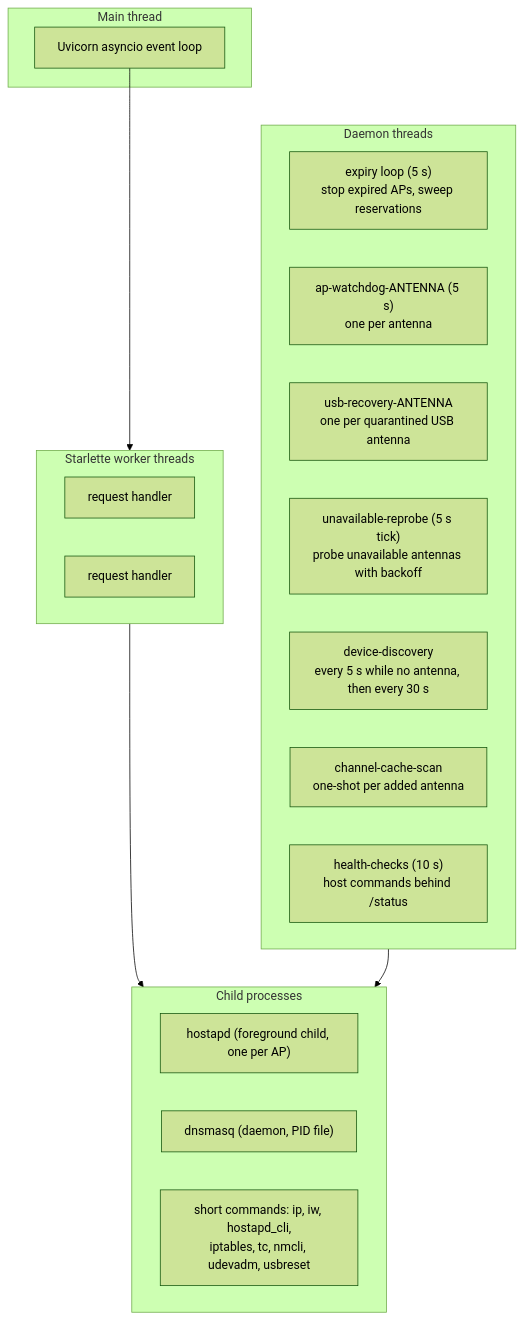
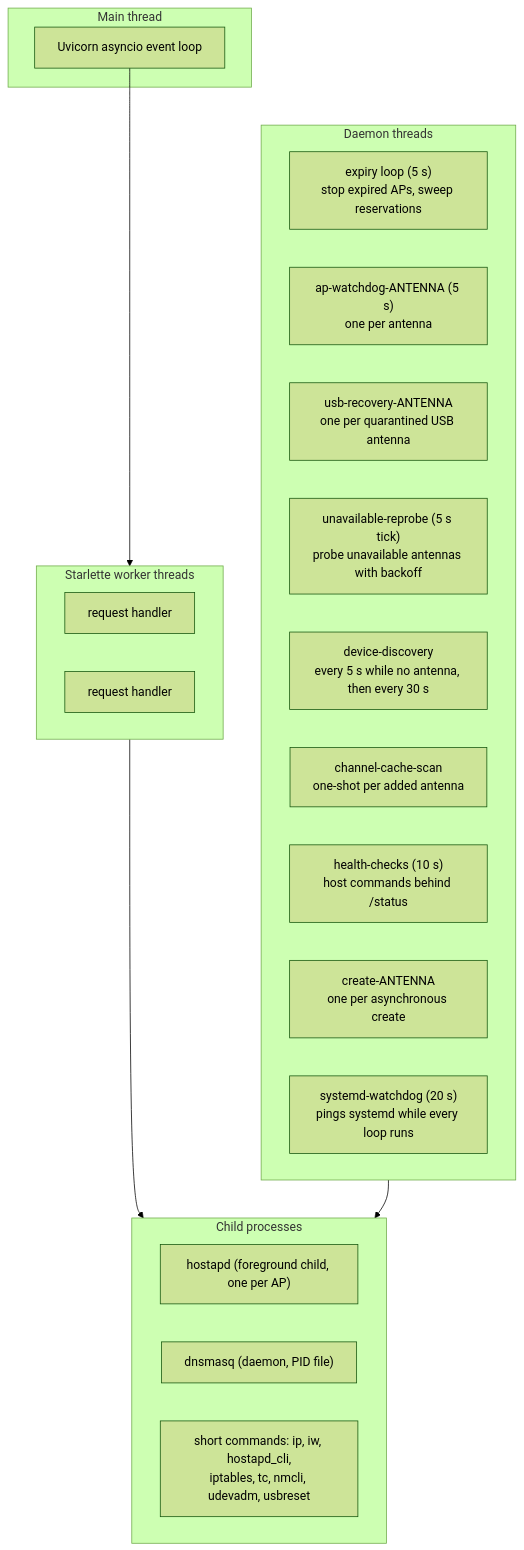
Before and after one commit to caporalesimone/wi-lab: the fifth of 15 diagrams in docs/architecture.md, drawn with Mermaid (forest theme). The commit also changed other lines of this file and 12 other files, not shown here.

````diff
--- a/docs/architecture.md
+++ b/docs/architecture.md
@@ -247,27 +249,29 @@
 ```mermaid
 flowchart TB
     subgraph EventLoop["Main thread"]
         EL["Uvicorn asyncio event loop"]
     end
     subgraph Pool["Starlette worker threads"]
         H1["request handler"]
         H2["request handler"]
     end
     subgraph Background["Daemon threads"]
         EX["expiry loop (5 s)<br/>stop expired APs, sweep reservations"]
         WDT["ap-watchdog-ANTENNA (5 s)<br/>one per antenna"]
         UR["usb-recovery-ANTENNA<br/>one per quarantined USB antenna"]
         RP["unavailable-reprobe (5 s tick)<br/>probe unavailable antennas with backoff"]
         DS["device-discovery<br/>every 5 s while no antenna, then every 30 s"]
         CC["channel-cache-scan<br/>one-shot per added antenna"]
         HC["health-checks (10 s)<br/>host commands behind /status"]
+        CJ["create-ANTENNA<br/>one per asynchronous create"]
+        SN["systemd-watchdog (20 s)<br/>pings systemd while every loop runs"]
     end
     subgraph Children["Child processes"]
         HP["hostapd (foreground child, one per AP)"]
         DQ["dnsmasq (daemon, PID file)"]
         SC["short commands: ip, iw, hostapd_cli,<br/>iptables, tc, nmcli, udevadm, usbreset"]
     end
     EL --> Pool
     Pool --> Children
     Background --> Children
 ```
````
